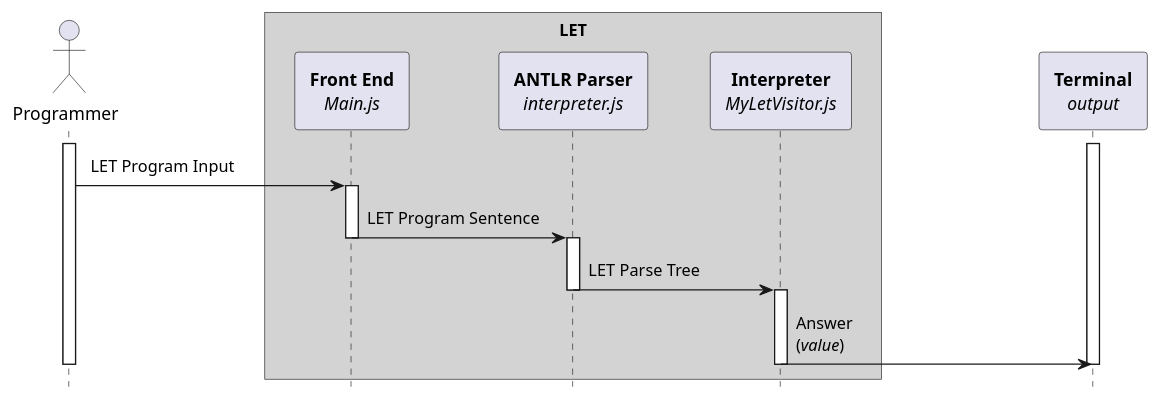
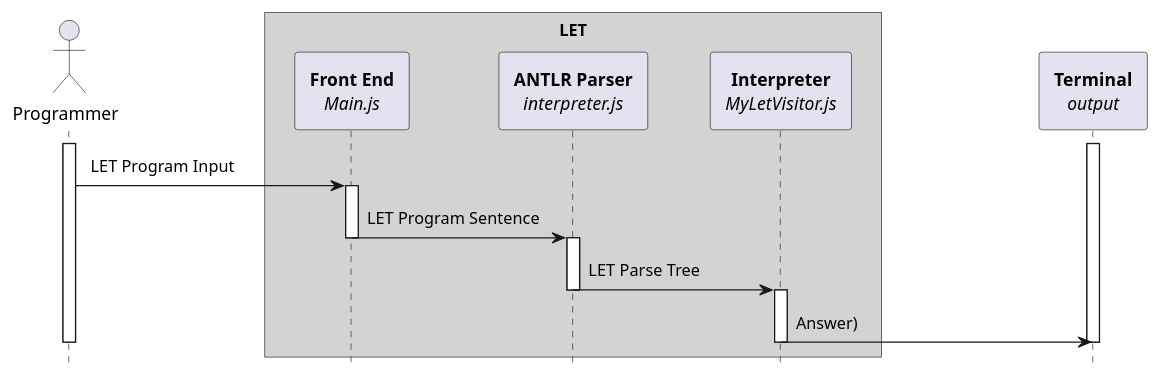
Before and after one commit to andrw1232/LET.js: the diagram in README.md, drawn with PlantUML. The commit also changed other lines of this file, not shown here.

Commit message:
final readme

````diff
--- a/README.md
+++ b/README.md
@@ -13,41 +13,41 @@
 ```plantuml
 hide footbox
 
 
 skinparam BoxPadding 100
 skinparam ParticipantPadding 20
 skinparam Padding 5
 
 
 actor Programmer
 box "LET" #LightGray
 	participant FE as "**Front End**\n//Main.js//"
     participant ANTLR as "**ANTLR Parser**\n//interpreter.js//"
 	participant Interpreter as "**Interpreter**\n//MyLetVisitor.js//"
 end box
 
 participant Terminal as "**Terminal**\n//output//"
 
 activate Programmer
 activate Terminal
 
 Programmer     -> FE                    : LET Program Input
 
 activate FE
 FE             -> ANTLR                 : LET Program Sentence
 deactivate FE
 
 activate ANTLR
 ANTLR             -> Interpreter            : LET Parse Tree
 deactivate ANTLR
 
 
 
 
 activate Interpreter
-Interpreter    -> Terminal              : Answer\n(//value//)
+Interpreter    -> Terminal              : Answer)
 deactivate Interpreter
 
 deactivate Programmer
 deactivate Terminal
 ```
````
